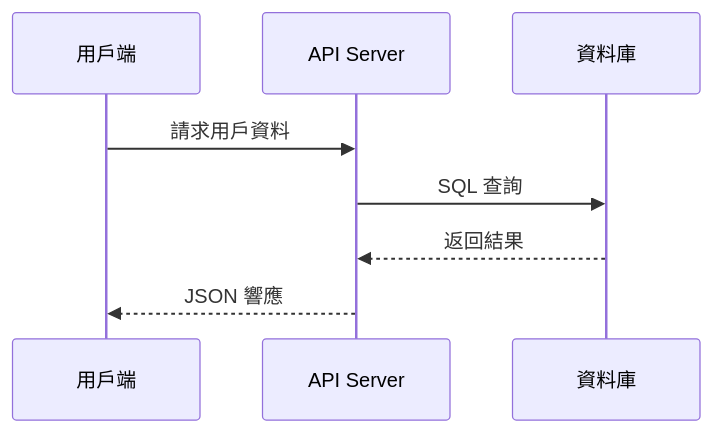
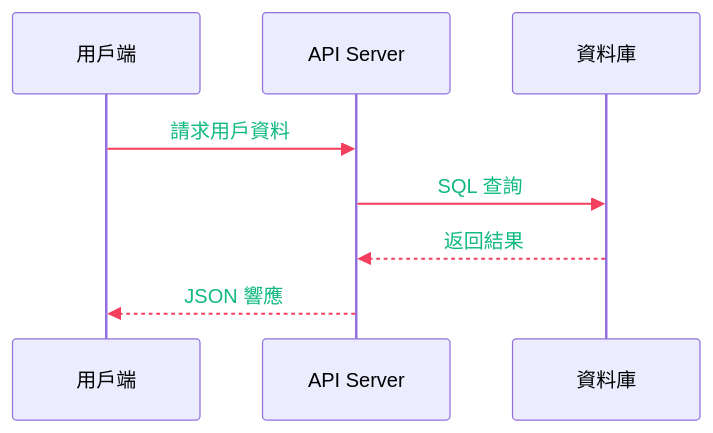
One commit to ChiahungTai/ai-rules changed the eighth of 8 diagrams in skills/mermaid/SKILL.md. Above: the diagram before and after it, drawn with Mermaid. The commit also changed other lines of this file, not shown here.

First line of the commit message:
feat(mermaid): 新增 Sequence Diagram Signal 主題變數，改善 Dark Theme 相容性

````diff
--- a/skills/mermaid/SKILL.md
+++ b/skills/mermaid/SKILL.md
@@ -196,17 +219,19 @@
 ```mermaid
 %%{init: {
   'theme': 'default',
   'themeVariables': {
-    'lineColor': '#3b82f6'
+    'lineColor': '#3b82f6',
+    'signalColor': '#f43f5e',
+    'signalTextColor': '#10b981'
   }
 }}%%
 sequenceDiagram
     participant Client as 用戶端
     participant API as API Server
     participant DB as 資料庫
 
     Client->>API: 請求用戶資料
     API->>DB: SQL 查詢
     DB-->>API: 返回結果
     API-->>Client: JSON 響應
 ```
````
